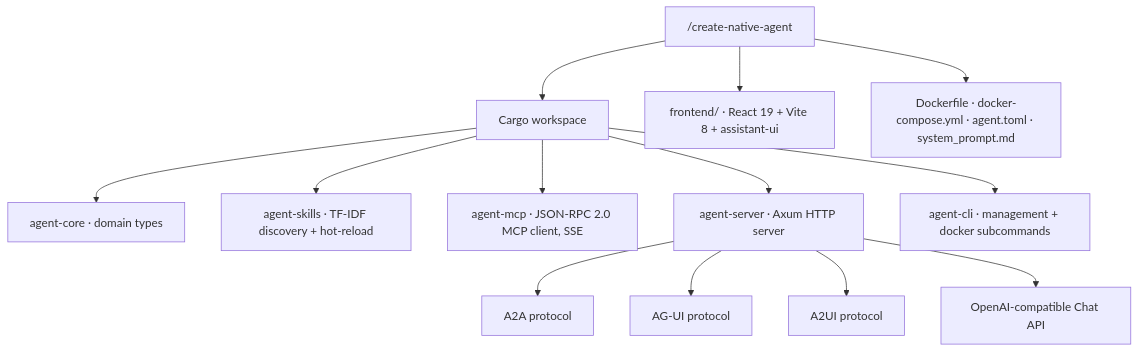
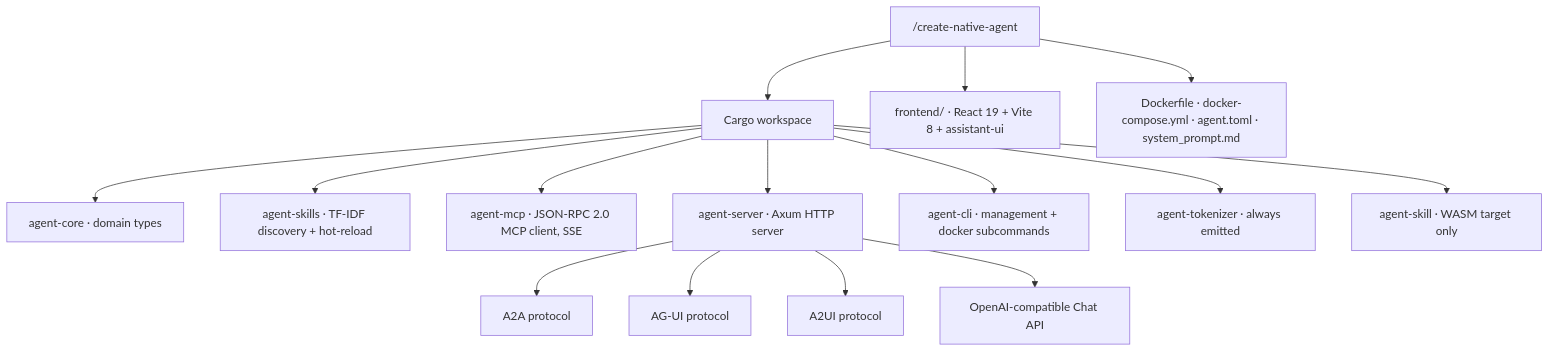
The first of 2 diagrams in docs/guide/12-native-agent-generator.md (Prometheus-AGS/prometheus-skill-system), drawn with Mermaid before and after one commit. The commit also changed other lines of this file and 19 other files, not shown here.

````diff
--- a/docs/guide/12-native-agent-generator.md
+++ b/docs/guide/12-native-agent-generator.md
@@ -19,15 +60,17 @@
 ```mermaid
 graph TD
     GEN["/create-native-agent"] --> WS[Cargo workspace]
     WS --> C1[agent-core · domain types]
     WS --> C2[agent-skills · TF-IDF discovery + hot-reload]
     WS --> C3[agent-mcp · JSON-RPC 2.0 MCP client, SSE]
     WS --> C4[agent-server · Axum HTTP server]
     WS --> C5[agent-cli · management + docker subcommands]
+    WS --> C6[agent-tokenizer · always emitted]
+    WS --> C7["agent-skill · WASM target only"]
     GEN --> FE[frontend/ · React 19 + Vite 8 + assistant-ui]
     GEN --> INFRA[Dockerfile · docker-compose.yml · agent.toml · system_prompt.md]
     C4 --> P1[A2A protocol]
     C4 --> P2[AG-UI protocol]
     C4 --> P3[A2UI protocol]
     C4 --> P4[OpenAI-compatible Chat API]
 ```
````
